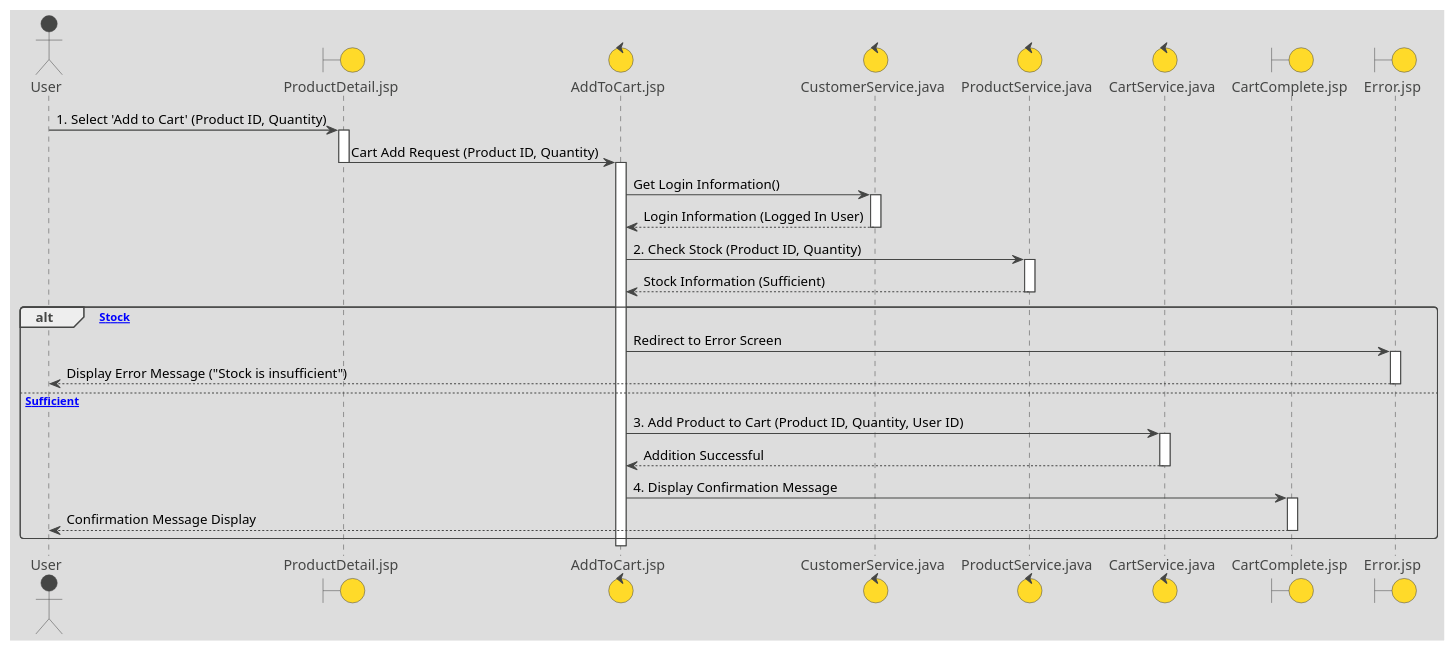
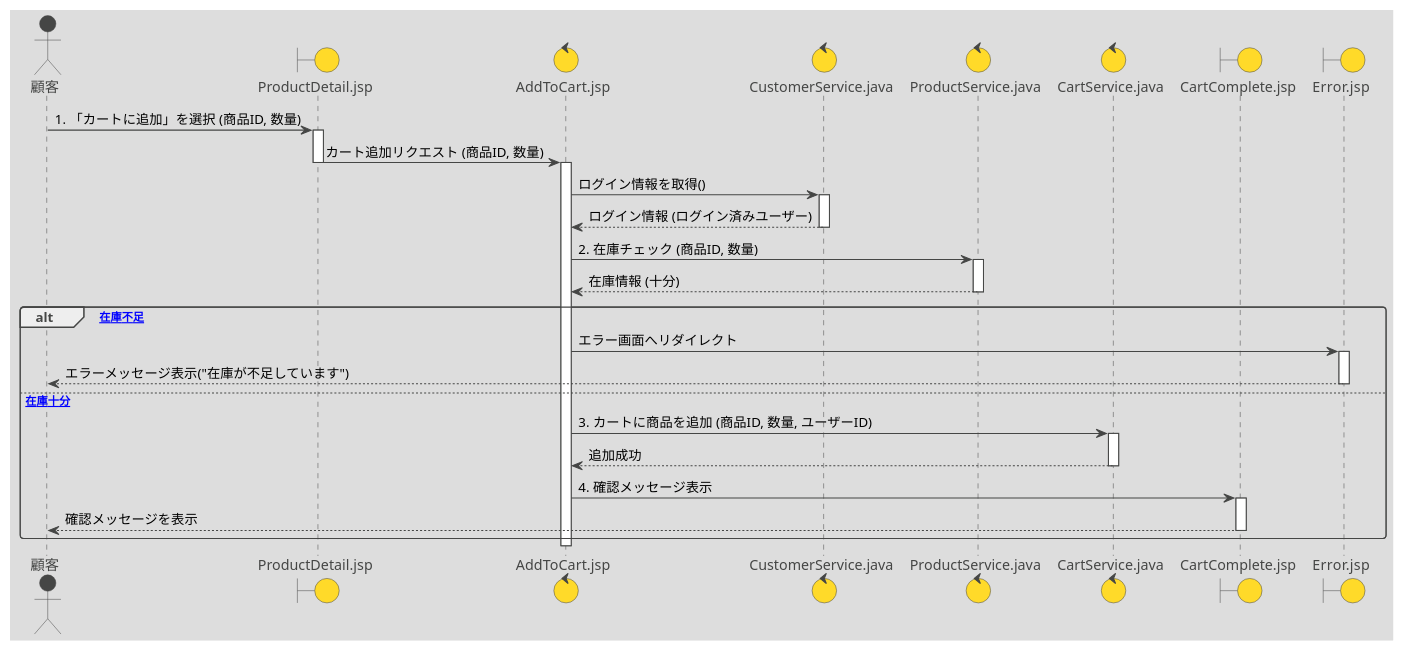
The diagram in Sequence_tuika_in.pu (mameiku/group3-4), drawn with PlantUML before and after one commit. The commit also changed 3 other files, not shown here.

```diff
--- a/Sequence_tuika_in.pu
+++ b/Sequence_tuika_in.pu
@@ -1,67 +1,67 @@
 @startuml AddToCartSequenceDiagram
 !theme toy
 
 ' ====================================================================
 ' Participant Definitions
 ' ====================================================================
-actor User
+actor User as "顧客"
 boundary ProductDetailJSP as "ProductDetail.jsp"
 control AddToCartJSP as "AddToCart.jsp"
 control CustomerServiceJava as "CustomerService.java"
 control ProductServiceJava as "ProductService.java"
 control CartServiceJava as "CartService.java"
 boundary CartCompleteJSP as "CartComplete.jsp"
 boundary ErrorJSP as "Error.jsp"
 
 ' ====================================================================
-' Basic Flow: User is already logged in
+' Basic Flow: User is already logged in (基本フロー: ログイン済み)
 ' ====================================================================
 
-' 1. The customer specifies the quantity on the product detail screen and selects 'Add to Cart'.
-User -> ProductDetailJSP : 1. Select 'Add to Cart' (Product ID, Quantity)
+' 1. 顧客は、商品詳細画面で数量を指定し、「カートに追加」を選択する
+User -> ProductDetailJSP : 1. 「カートに追加」を選択 (商品ID, 数量)
 activate ProductDetailJSP
 
-ProductDetailJSP -> AddToCartJSP : Cart Add Request (Product ID, Quantity)
+ProductDetailJSP -> AddToCartJSP : カート追加リクエスト (商品ID, 数量)
 deactivate ProductDetailJSP
 activate AddToCartJSP
 
-' --- Login Check (Implicit, handled by Session/Customer Service) ---
-' Note: Assuming the user is already authenticated (Pre-condition).
-AddToCartJSP -> CustomerServiceJava : Get Login Information()
+' --- ログインチェック (暗黙的、セッション/顧客サービスによって処理される) ---
+' Note: ユーザーは認証済みであることを前提とする（事前条件）。
+AddToCartJSP -> CustomerServiceJava : ログイン情報を取得()
 activate CustomerServiceJava
-CustomerServiceJava --> AddToCartJSP : Login Information (Logged In User)
+CustomerServiceJava --> AddToCartJSP : ログイン情報 (ログイン済みユーザー)
 deactivate CustomerServiceJava
 
-' 2. The system checks the stock information and confirms that the specified quantity can be purchased.
-AddToCartJSP -> ProductServiceJava : 2. Check Stock (Product ID, Quantity)
+' 2. システムは在庫情報を確認し、指定された数量が購入可能か検証する。
+AddToCartJSP -> ProductServiceJava : 2. 在庫チェック (商品ID, 数量)
 activate ProductServiceJava
-ProductServiceJava --> AddToCartJSP : Stock Information (Sufficient)
+ProductServiceJava --> AddToCartJSP : 在庫情報 (十分)
 deactivate ProductServiceJava
 
-alt [Insufficient Stock]
-    ' Alternative Flow: Insufficient stock
-    AddToCartJSP -> ErrorJSP : Redirect to Error Screen
+alt [在庫不足]
+    ' 代替フロー: 在庫不足
+    AddToCartJSP -> ErrorJSP : エラー画面へリダイレクト
     activate ErrorJSP
-    ErrorJSP --> User : Display Error Message ("Stock is insufficient")
+    ErrorJSP --> User : エラーメッセージ表示("在庫が不足しています")
     deactivate ErrorJSP
     
-else [Stock Sufficient]
-    ' 3. If there is stock, the system adds the product and quantity to the cart.
-    AddToCartJSP -> CartServiceJava : 3. Add Product to Cart (Product ID, Quantity, User ID)
+else [在庫十分]
+    ' 3. 在庫があれば、システムは商品と数量をカートに追加する。
+    AddToCartJSP -> CartServiceJava : 3. カートに商品を追加 (商品ID, 数量, ユーザーID)
     activate CartServiceJava
-    CartServiceJava --> AddToCartJSP : Addition Successful
+    CartServiceJava --> AddToCartJSP : 追加成功
     deactivate CartServiceJava
     
-    ' 4. The system displays a confirmation message "Product has been added to the cart."
-    AddToCartJSP -> CartCompleteJSP : 4. Display Confirmation Message
+    ' 4. システムは「商品がカートに追加されました」という確認メッセージを表示する。
+    AddToCartJSP -> CartCompleteJSP : 4. 確認メッセージ表示
     activate CartCompleteJSP
     
-    ' 5. The customer can either continue shopping or navigate to the cart screen.
-    CartCompleteJSP --> User : Confirmation Message Display
+    ' 5. 顧客は買い物を続けるか、カート画面に移動できる。
+    CartCompleteJSP --> User : 確認メッセージを表示
     deactivate CartCompleteJSP
     
 end
 
 deactivate AddToCartJSP
 
 @enduml
```
